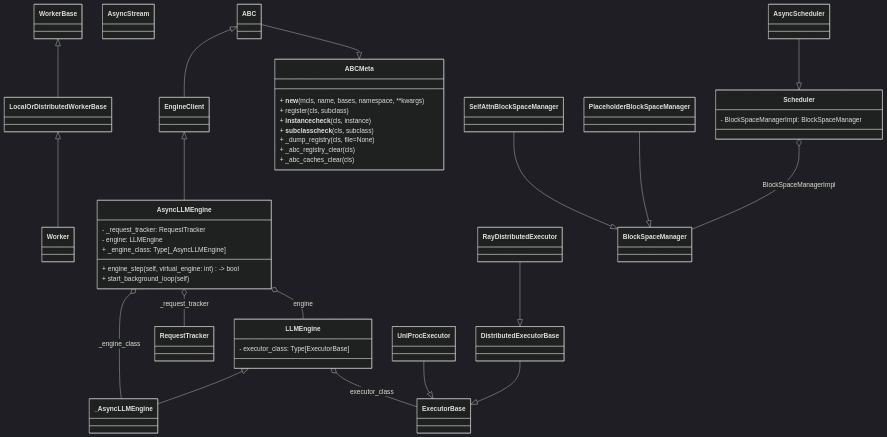
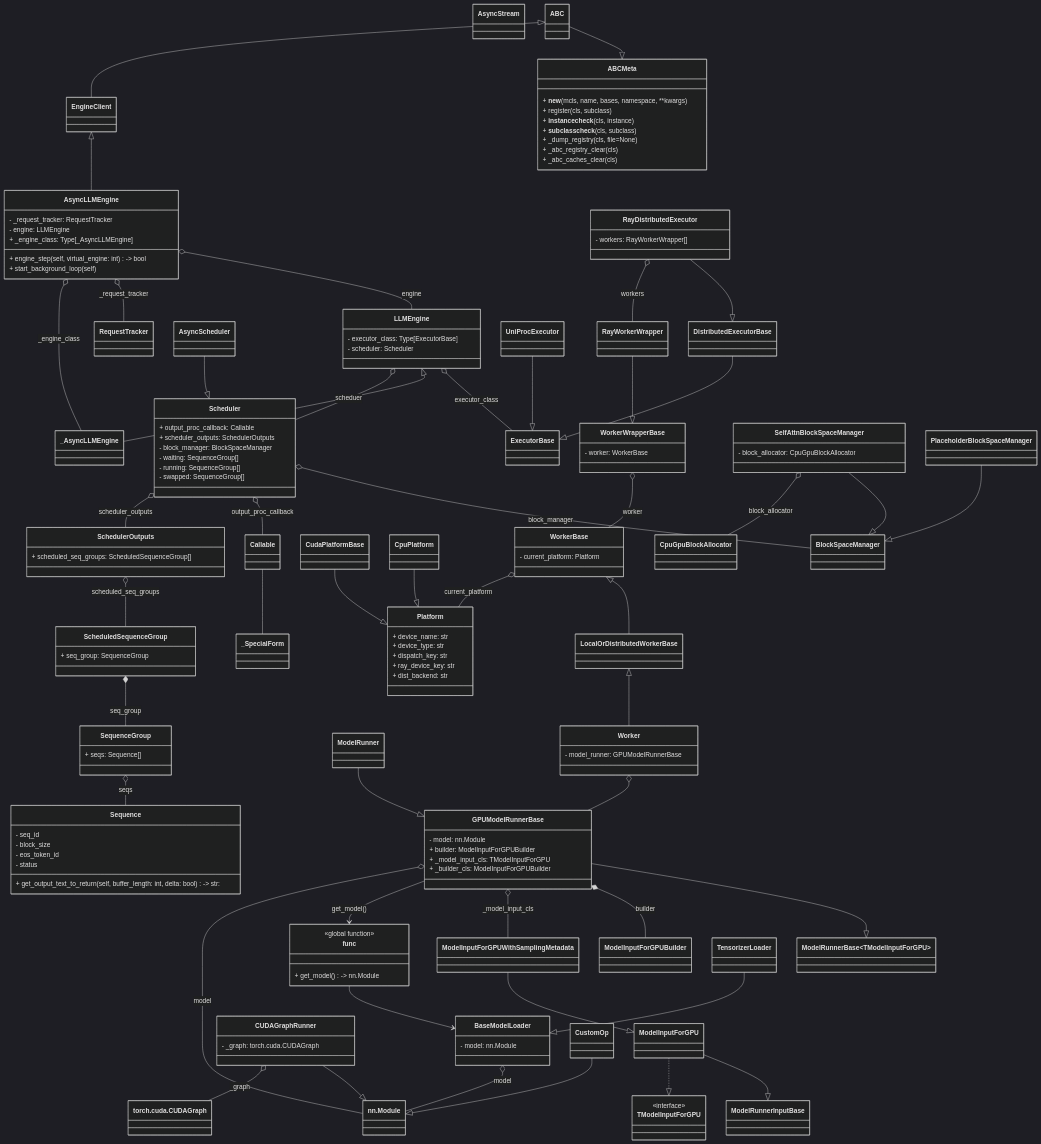
Before and after one commit to mystous/vllm_hybrid: the diagram in analysis/classDiagram_total_manual.mmd, drawn with Mermaid (dark theme). The commit also changed 2 other files, not shown here.

Commit message:
Update analysis UML

```diff
--- a/analysis/classDiagram_total_manual.mmd
+++ b/analysis/classDiagram_total_manual.mmd
@@ -1,65 +1,186 @@
 classDiagram
+dirction TB
 
+class func{
+    <<global function>>
+    + get_model() -> nn.Module
+}
+
+func --> BaseModelLoader
 class AsyncLLMEngine{
     %% Members
     - _request_tracker: RequestTracker
     - engine: LLMEngine
     + _engine_class: Type[_AsyncLLMEngine]
     %% Methods
     + engine_step(self, virtual_engine: int) -> bool
     + start_background_loop(self)
 }
-class WorkerBase
-class Worker
+class _SpecialForm
+class Callable
+Callable--_SpecialForm
+class WorkerBase{
+    - current_platform: Platform
+}
+WorkerBase o-- Platform: current_platform
+class Worker{
+    - model_runner: GPUModelRunnerBase
+}
+class GPUModelRunnerBase{
+    - model: nn.Module
+    + builder: ModelInputForGPUBuilder
+    + _model_input_cls: TModelInputForGPU
+    + _builder_cls: ModelInputForGPUBuilder
+}
+
+GPUModelRunnerBase o-- nn.Module : model
+GPUModelRunnerBase --> func: get_model()
+class Platform{
+    + device_name: str
+    + device_type: str
+    + dispatch_key: str
+    + ray_device_key: str
+    + dist_backend: str
+}
+class CudaPlatformBase
+class CpuPlatform
+CpuPlatform --|> Platform
+CudaPlatformBase --|> Platform
+class CUDAGraphRunner{
+    - _graph: torch.cuda.CUDAGraph
+}
+
+CUDAGraphRunner o-- torch.cuda.CUDAGraph: _graph
+
+class ModelRunner
+class TModelInputForGPU
+<<interface>> TModelInputForGPU
+ModelInputForGPU ..|> TModelInputForGPU
+ModelInputForGPU --|> ModelRunnerInputBase
+ModelRunner --|> GPUModelRunnerBase
+ModelInputForGPUWithSamplingMetadata --|> ModelInputForGPU
+GPUModelRunnerBase o-- ModelInputForGPUWithSamplingMetadata : _model_input_cls
+GPUModelRunnerBase *-- ModelInputForGPUBuilder : builder
+class ModelRunnerBase~TModelInputForGPU~
+GPUModelRunnerBase --|> ModelRunnerBase
+Worker o-- GPUModelRunnerBase
+CUDAGraphRunner --|> nn.Module
+
+class ModelInputForGPU
+
+
 class LocalOrDistributedWorkerBase
 class AsyncStream
 class RequestTracker
 class _AsyncLLMEngine
 class LLMEngine{
    - executor_class: Type[ExecutorBase]
+   - scheduler: Scheduler
 }
+LLMEngine o-- Scheduler: scheduer
 class AsyncLLMEngine
 class EngineClient
 class ABC
 class AsyncScheduler
 class Scheduler{
-    - BlockSpaceManagerImpl: BlockSpaceManager
+    + output_proc_callback: Callable
+    + scheduler_outputs: SchedulerOutputs
+    - block_manager: BlockSpaceManager
+    - waiting: SequenceGroup[]
+    - running: SequenceGroup[]
+    - swapped: SequenceGroup[]
 }
+
+class SchedulerOutputs{
+    + scheduled_seq_groups: ScheduledSequenceGroup[]
+}
+
+class ScheduledSequenceGroup{
+    + seq_group: SequenceGroup
+}
+
+class SequenceGroup{
+    + seqs: Sequence[]
+}
+
+class Sequence{
+    - seq_id
+    - block_size
+    - eos_token_id
+    - status
+    + get_output_text_to_return(self, buffer_length: int, delta: bool) -> str:
+}
+
+SequenceGroup o-- Sequence: seqs
+ScheduledSequenceGroup *-- SequenceGroup: seq_group
+SchedulerOutputs o-- ScheduledSequenceGroup: scheduled_seq_groups
+Scheduler o-- SchedulerOutputs : scheduler_outputs
+Scheduler o-- Callable : output_proc_callback
 class ExecutorBase
 class DistributedExecutorBase
 class UniProcExecutor
 
-class RayDistributedExecutor
+class RayDistributedExecutor{
+    - workers: RayWorkerWrapper[]
+}
+
+class RayWorkerWrapper
+class WorkerWrapperBase{
+    - worker: WorkerBase
+}
+
+WorkerWrapperBase o-- WorkerBase: worker
+
+RayWorkerWrapper --|> WorkerWrapperBase
+
+RayDistributedExecutor o-- RayWorkerWrapper: workers
+
+class CustomOp
+
+CustomOp --|> nn.Module
 
 DistributedExecutorBase --|> ExecutorBase
 UniProcExecutor --|> ExecutorBase
 RayDistributedExecutor --|> DistributedExecutorBase
 
 class BlockSpaceManager
-class SelfAttnBlockSpaceManager
+class SelfAttnBlockSpaceManager{
+    - block_allocator: CpuGpuBlockAllocator
+}
+SelfAttnBlockSpaceManager o-- CpuGpuBlockAllocator: block_allocator
 class PlaceholderBlockSpaceManager
 SelfAttnBlockSpaceManager --|> BlockSpaceManager
 PlaceholderBlockSpaceManager --|> BlockSpaceManager
+
+class BaseModelLoader{
+    - model: nn.Module
+}
+
+class TensorizerLoader
+
+TensorizerLoader --|> BaseModelLoader
+
+BaseModelLoader o-- nn.Module : model
 
 class ABCMeta {
     + __new__(mcls, name, bases, namespace, **kwargs)
     + register(cls, subclass)
     + __instancecheck__(cls, instance)
     + __subclasscheck__(cls, subclass)
     + _dump_registry(cls, file=None)
     + _abc_registry_clear(cls)
     + _abc_caches_clear(cls)
 }
 
 LocalOrDistributedWorkerBase <|-- Worker
 WorkerBase <|-- LocalOrDistributedWorkerBase
 LLMEngine <|-- _AsyncLLMEngine
 LLMEngine o-- ExecutorBase : executor_class
 EngineClient <|-- AsyncLLMEngine
 ABC <|-- EngineClient
 AsyncLLMEngine o-- _AsyncLLMEngine : _engine_class
 ABC --|> ABCMeta
 AsyncScheduler --|>Scheduler
 AsyncLLMEngine o-- RequestTracker : _request_tracker
 AsyncLLMEngine o-- LLMEngine : engine
-Scheduler o-- BlockSpaceManager : BlockSpaceManagerImpl
+Scheduler o-- BlockSpaceManager : block_manager
```
